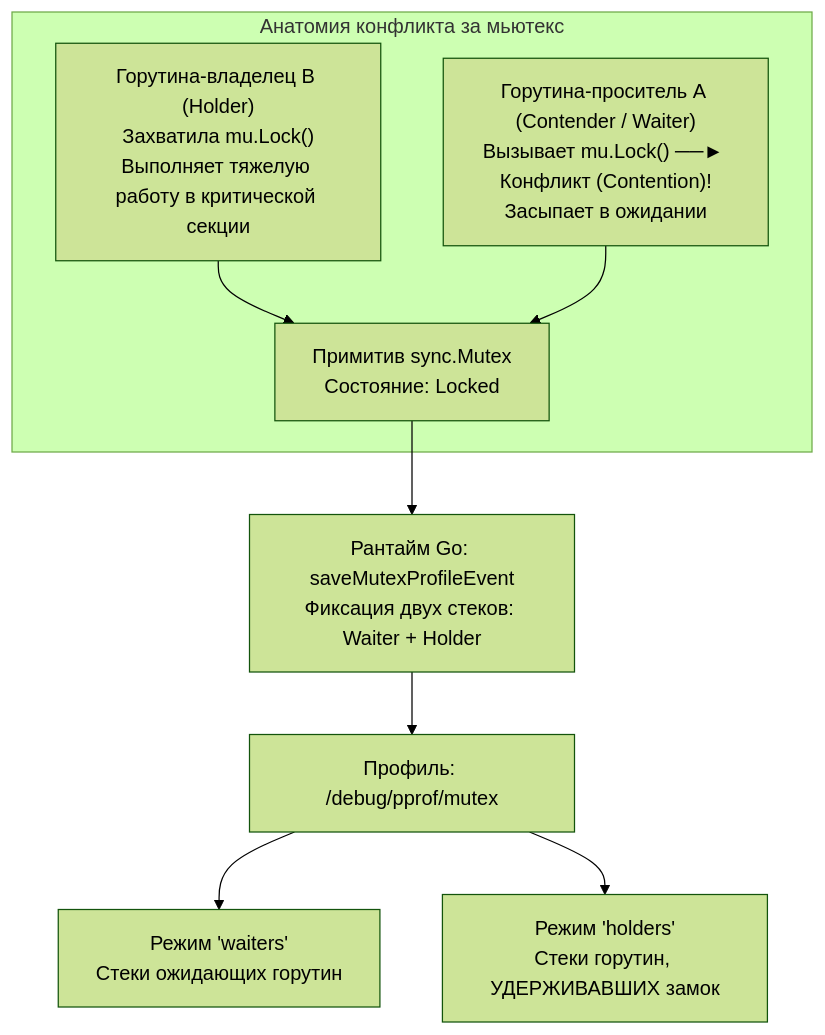
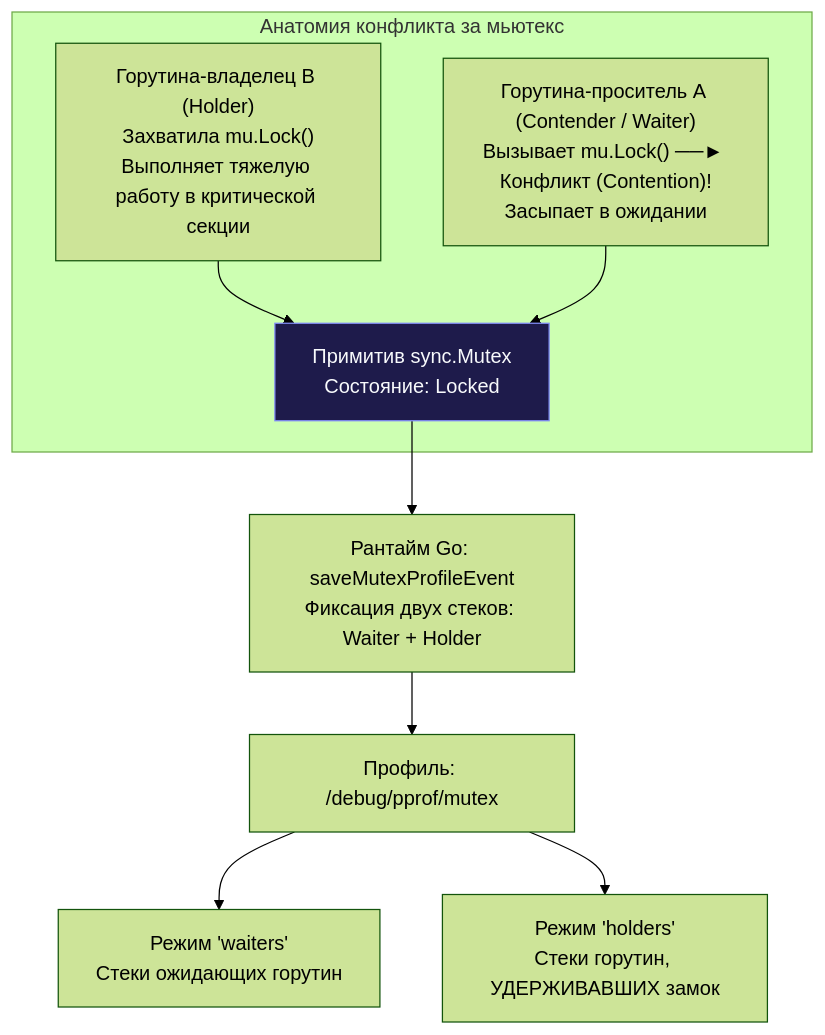
One commit to UnrealTemplier/go-textbook changed the first of 3 diagrams in sources/16. Профилирование, отладка и производительность/08. Runtime и инструменты/6. mutex profile.md. Above: the diagram before and after it, drawn with Mermaid (forest theme). The commit also changed other lines of this file and 1666 other files, not shown here.

First line of the commit message:
feat(mermaid): add semantic color classDef to 1369 colorless flowchart/graph diagrams

````diff
--- a/sources/16. Профилирование, отладка и производительность/08. Runtime и инструменты/6. mutex profile.md
+++ b/sources/16. Профилирование, отладка и производительность/08. Runtime и инструменты/6. mutex profile.md
@@ -9,17 +9,27 @@
 ```mermaid
 flowchart TD
+    classDef process  fill:#1e293b,stroke:#38bdf8,stroke-width:1px,color:#f8fafc
+    classDef success  fill:#064e3b,stroke:#34d399,stroke-width:1px,color:#f8fafc
+    classDef error    fill:#7f1d1d,stroke:#f87171,stroke-width:1px,color:#f8fafc
+    classDef warning  fill:#78350f,stroke:#fbbf24,stroke-width:1px,color:#f8fafc
+    classDef entry    fill:#1e3a5f,stroke:#38bdf8,stroke-width:2px,color:#f8fafc
+    classDef aux      fill:#334155,stroke:#64748b,stroke-width:1px,color:#f8fafc
+    classDef system   fill:#312e81,stroke:#a78bfa,stroke-width:1px,color:#f8fafc
+    classDef data     fill:#132d29,stroke:#2dd4bf,stroke-width:1px,color:#f8fafc
+    classDef network  fill:#881337,stroke:#fb7185,stroke-width:1px,color:#f8fafc
+    classDef accent   fill:#1e1b4b,stroke:#818cf8,stroke-width:1px,color:#f8fafc
     subgraph ContentionFlow ["Анатомия конфликта за мьютекс"]
         Holder["Горутина-владелец B (Holder)<br/>Захватила mu.Lock()<br/>Выполняет тяжелую работу в критической секции"]
-        Mutex["Примитив sync.Mutex<br/>Состояние: Locked"]
+        Mutex["Примитив sync.Mutex<br/>Состояние: Locked"]:::accent
         Contender["Горутина-проситель A (Contender / Waiter)<br/>Вызывает mu.Lock() ──► Конфликт (Contention)!<br/>Засыпает в ожидании"]
     end
     
     Holder --> Mutex
     Contender --> Mutex
     
     Mutex --> Engine["Рантайм Go: saveMutexProfileEvent<br/>Фиксация двух стеков: Waiter + Holder"]
     
     Engine --> Profile["Профиль: /debug/pprof/mutex"]
     Profile --> WaitersView["Режим 'waiters'<br/>Стеки ожидающих горутин"]
     Profile --> HoldersView["Режим 'holders'<br/>Стеки горутин, УДЕРЖИВАВШИХ замок"]
 ```
````
